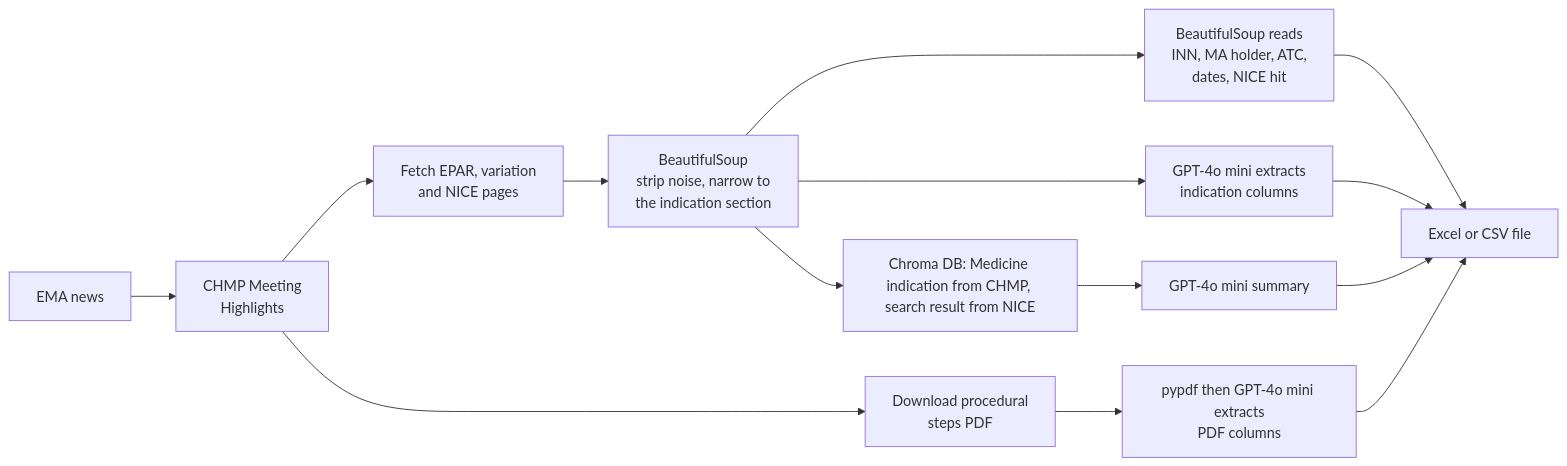
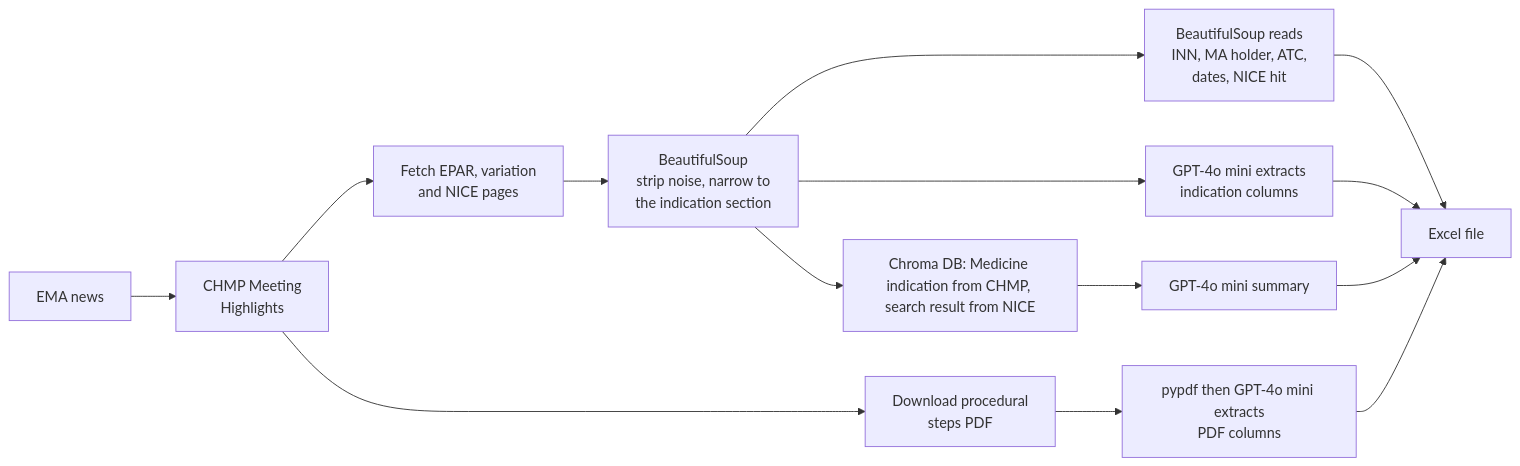
Before and after one commit to yumi-h-1/Automated-EMA-NICE-Data-Scraping: the diagram in README.md, drawn with Mermaid.

````diff
--- a/README.md
+++ b/README.md
@@ -30,20 +30,20 @@
 ```mermaid
 flowchart LR
     N["EMA news"] --> MH["CHMP Meeting\nHighlights"]
     MH --> FET["Fetch EPAR, variation\nand NICE pages"]
     MH --> PDF["Download procedural\nsteps PDF"]
 
     FET --> TRIM["BeautifulSoup\nstrip noise, narrow to\nthe indication section"]
 
     TRIM --> BS["BeautifulSoup reads\nINN, MA holder, ATC,\ndates, NICE hit"]
     TRIM --> EXT["GPT-4o mini extracts\nindication columns"]
     TRIM --> IDX["Chroma DB: Medicine indication from CHMP, \nsearch result from NICE"]
     PDF --> PEX["pypdf then GPT-4o mini extracts\nPDF columns"]
 
     IDX --> SUM["GPT-4o mini summary"]
 
-    BS --> OUT["Excel or CSV file"]
+    BS --> OUT["Excel file"]
     EXT --> OUT
     PEX --> OUT
     SUM --> OUT
 ```
````
